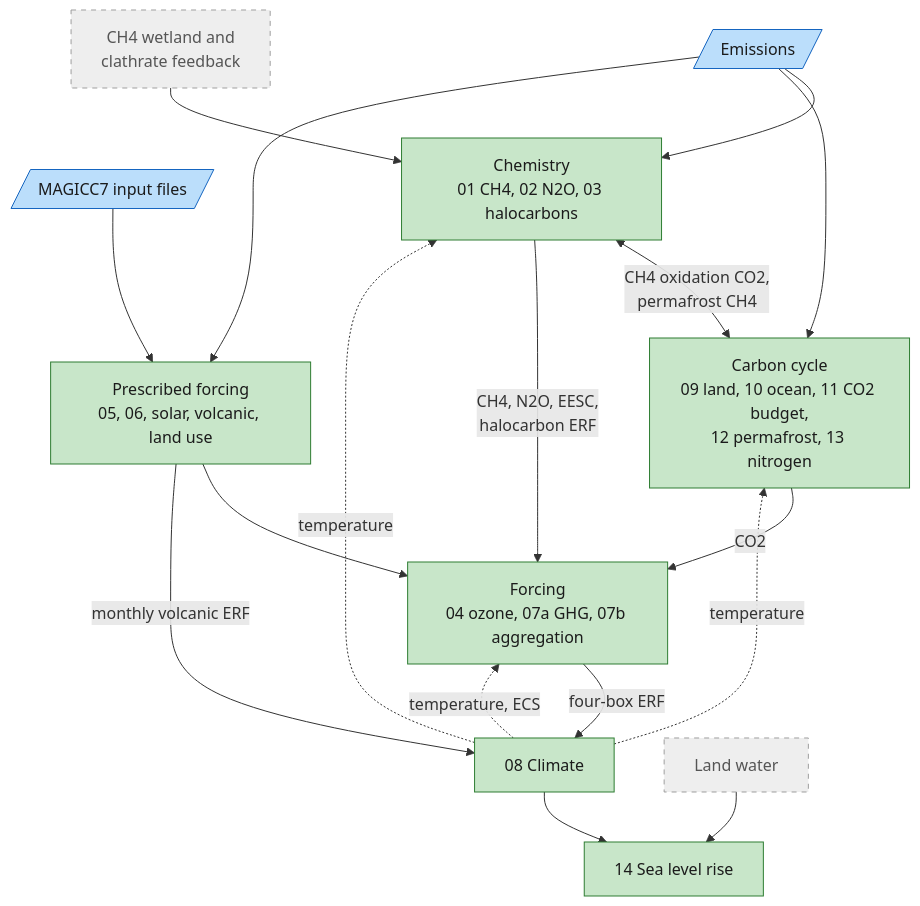
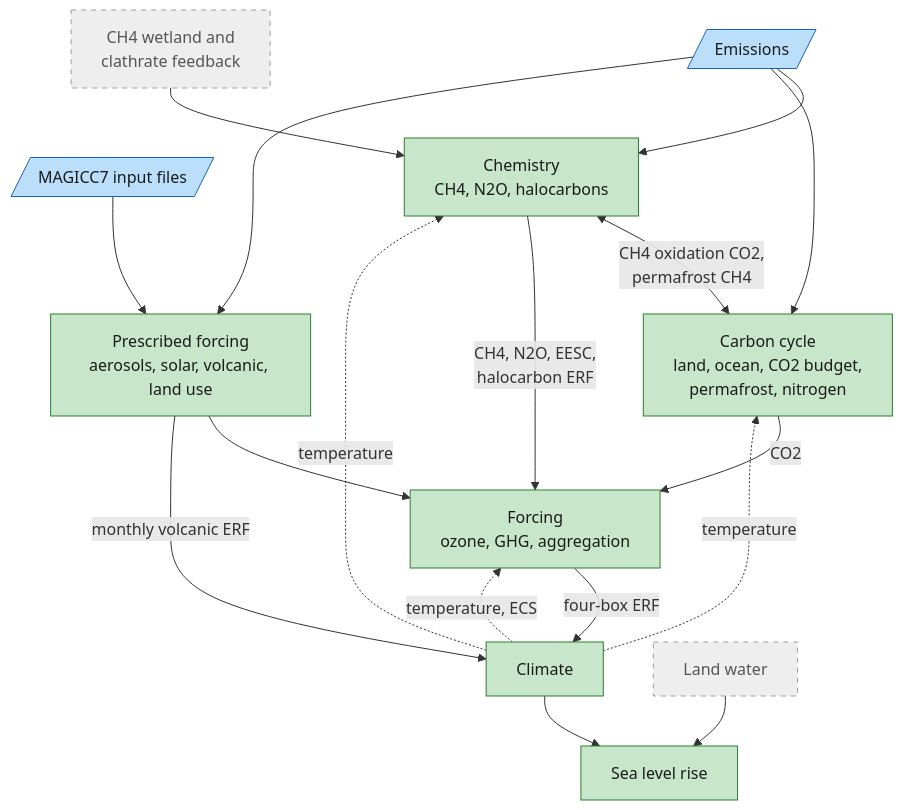
One commit to lewisjared/rscm changed the diagram in docs/modules/README.md. Above: the diagram before and after it, drawn with Mermaid. The commit also changed other lines of this file and 51 other files, not shown here.

````diff
--- a/docs/modules/README.md
+++ b/docs/modules/README.md
@@ -111,34 +111,34 @@
 ```mermaid
 flowchart TD
     EMIS[/"Emissions"/]
     FILES[/"MAGICC7 input files"/]
     WET["CH4 wetland and<br/>clathrate feedback"]
-    CHEM["Chemistry<br/>01 CH4, 02 N2O, 03 halocarbons"]
-    CARB["Carbon cycle<br/>09 land, 10 ocean, 11 CO2 budget,<br/>12 permafrost, 13 nitrogen"]
-    PRESC["Prescribed forcing<br/>05, 06, solar, volcanic, land use"]
-    FORC["Forcing<br/>04 ozone, 07a GHG, 07b aggregation"]
-    CLIM["08 Climate"]
-    SLR["14 Sea level rise"]
+    CHEM["Chemistry<br/>CH4, N2O, halocarbons"]
+    CARB["Carbon cycle<br/>land, ocean, CO2 budget,<br/>permafrost, nitrogen"]
+    PRESC["Prescribed forcing<br/>aerosols, solar, volcanic, land use"]
+    FORC["Forcing<br/>ozone, GHG, aggregation"]
+    CLIM["Climate"]
+    SLR["Sea level rise"]
     LW["Land water"]
 
     EMIS --> CHEM & CARB & PRESC
     FILES --> PRESC
     WET --> CHEM
     CHEM <-->|"CH4 oxidation CO2,<br/>permafrost CH4"| CARB
     CHEM -->|"CH4, N2O, EESC,<br/>halocarbon ERF"| FORC
     CARB -->|"CO2"| FORC
     PRESC --> FORC
     PRESC -->|"monthly volcanic ERF"| CLIM
     FORC -->|"four-box ERF"| CLIM
     CLIM & LW --> SLR
     CLIM -.->|"temperature"| CHEM & CARB
     CLIM -.->|"temperature, ECS"| FORC
 
     classDef implemented fill:#c8e6c9,stroke:#2e7d32,color:#1b1b1b
     classDef missing fill:#eeeeee,stroke:#9e9e9e,color:#555555,stroke-dasharray: 5 5
     classDef input fill:#bbdefb,stroke:#1565c0,color:#1b1b1b
 
     class CHEM,CARB,PRESC,FORC,CLIM,SLR implemented
     class WET,LW missing
     class EMIS,FILES input
 ```
````
